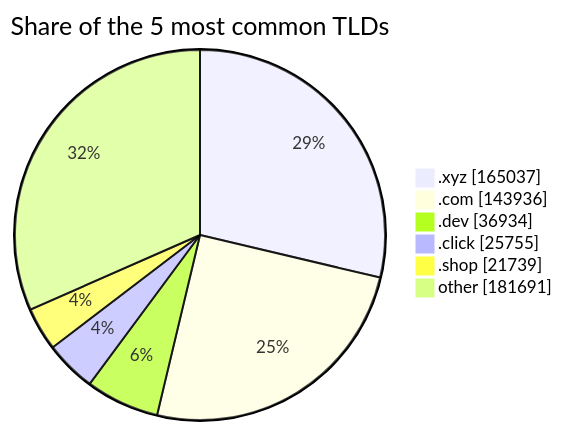
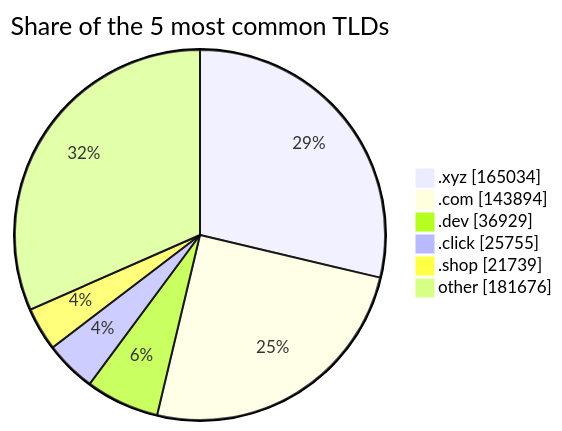
Before and after one commit to DNSBunker/CTI: the third of 3 diagrams in README.md, drawn with Mermaid. The commit also changed other lines of this file and 3 other files, not shown here.

````diff
--- a/README.md
+++ b/README.md
@@ -81,9 +81,9 @@
 ```mermaid
 pie showData title Share of the 5 most common TLDs
-    ".xyz" : 165037
-    ".com" : 143936
-    ".dev" : 36934
+    ".xyz" : 165034
+    ".com" : 143894
+    ".dev" : 36929
     ".click" : 25755
     ".shop" : 21739
-    "other" : 181691
+    "other" : 181676
 ```
````
